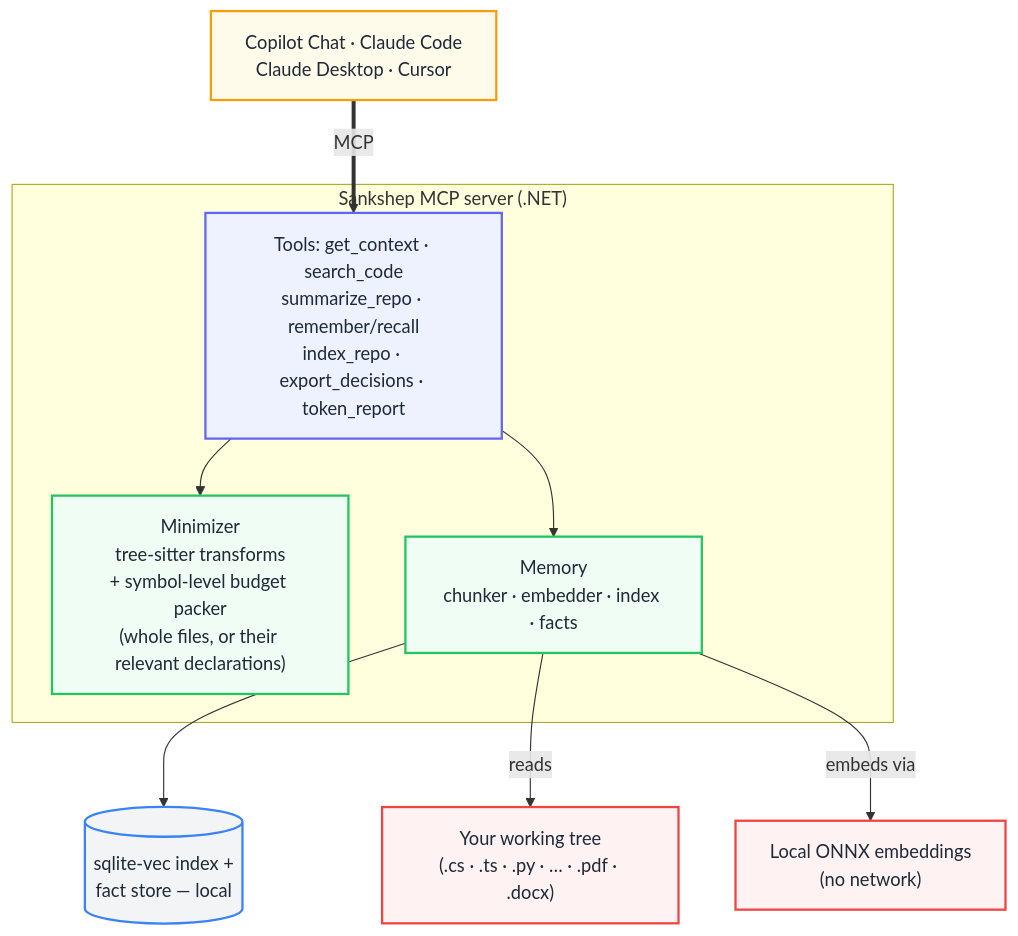
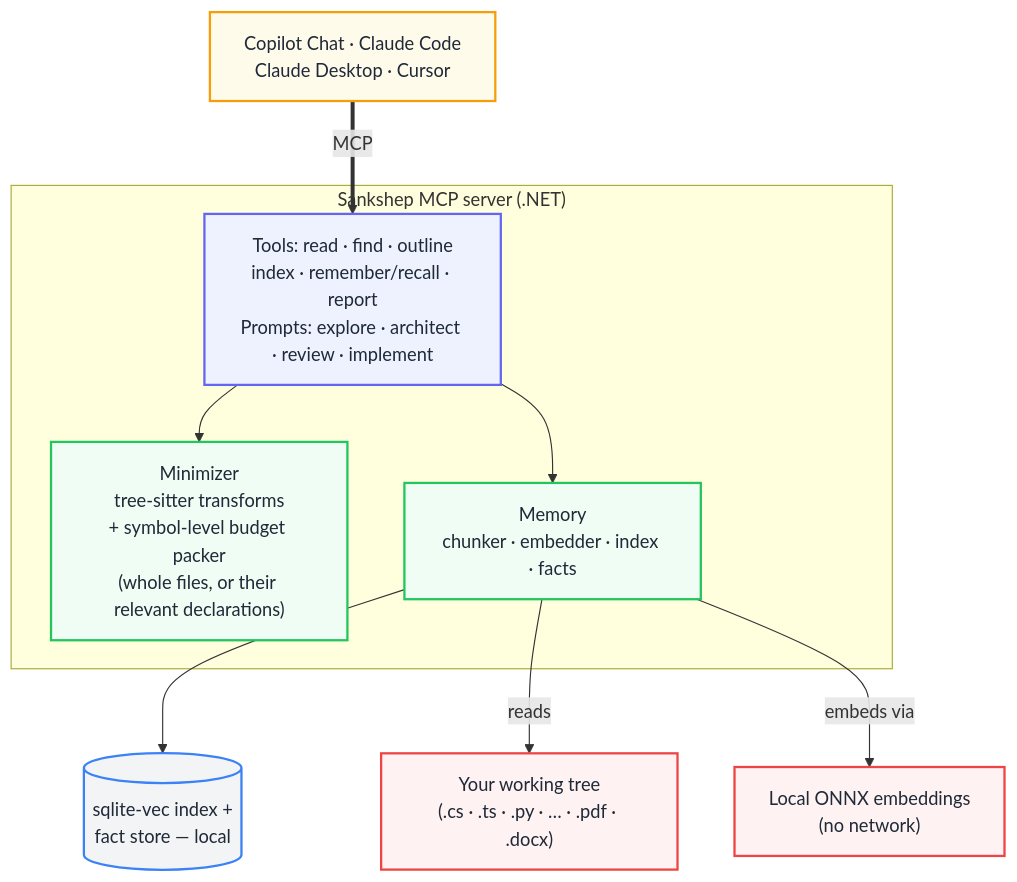
The fifth of 7 diagrams in docs/how-it-works.md (nitinpawar28/sankshep-docs), drawn with Mermaid before and after one commit. The commit also changed other lines of this file and 19 other files, not shown here.

````diff
--- a/docs/how-it-works.md
+++ b/docs/how-it-works.md
@@ -176,27 +178,27 @@
 ```mermaid
 flowchart TB
     classDef client fill:#fffbeb,stroke:#f59e0b,stroke-width:2px,color:#1f2937
     classDef server fill:#eef2ff,stroke:#6366f1,stroke-width:2px,color:#1f2937
     classDef engine fill:#f0fdf4,stroke:#22c55e,stroke-width:2px,color:#1f2937
     classDef store fill:#f3f4f6,stroke:#3b82f6,stroke-width:2px,color:#1f2937
     classDef ext fill:#fef2f2,stroke:#ef4444,stroke-width:2px,color:#1f2937
 
     IDE["Copilot Chat · Claude Code<br/>Claude Desktop · Cursor"]:::client
 
     subgraph Sankshep["Sankshep MCP server (.NET)"]
-        Tools["Tools: get_context · search_code<br/>summarize_repo · remember/recall<br/>index_repo · export_decisions · token_report"]:::server
+        Tools["Tools: read · find · outline<br/>index · remember/recall · report<br/>Prompts: explore · architect · review · implement"]:::server
         Min["Minimizer<br/>tree-sitter transforms<br/>+ symbol-level budget packer<br/>(whole files, or their relevant declarations)"]:::engine
         Mem["Memory<br/>chunker · embedder · index · facts"]:::engine
     end
 
     Vec[("sqlite-vec index +<br/>fact store — local")]:::store
     Repo["Your working tree<br/>(.cs · .ts · .py · … · .pdf · .docx)"]:::ext
     ONNX["Local ONNX embeddings<br/>(no network)"]:::ext
 
     IDE ==>|MCP| Tools
     Tools --> Min
     Tools --> Mem
     Mem --> Vec
     Mem -->|reads| Repo
     Mem -->|embeds via| ONNX
 ```
````
